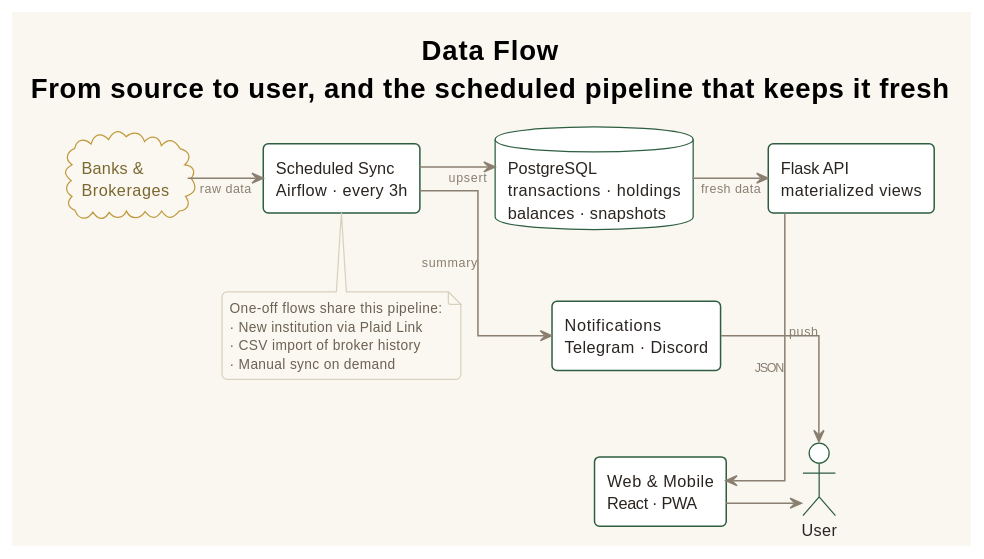
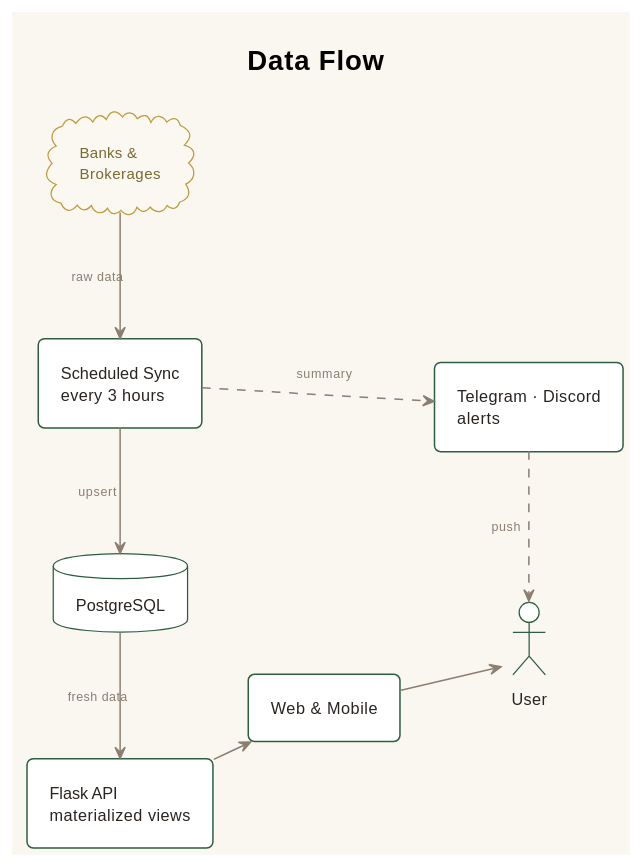
Before and after one commit to m-dur/docs: the second of 2 diagrams in README.md, drawn with PlantUML. The commit also changed other lines of this file, not shown here.

Commit message:
Radically simplify diagrams: drop packages, L-R flow, 5 nodes each

````diff
--- a/README.md
+++ b/README.md
@@ -116,77 +85,68 @@
 ```plantuml
 @startuml
 !theme plain
 
 skinparam backgroundColor #faf7f1
 skinparam defaultFontName "IBM Plex Sans, Helvetica, Arial"
 skinparam defaultFontSize 13
 skinparam shadowing false
-skinparam roundCorner 8
-skinparam linetype ortho
-skinparam nodesep 60
-skinparam ranksep 50
+skinparam roundCorner 10
+skinparam padding 8
+skinparam nodesep 70
+skinparam ranksep 55
 
 skinparam arrowThickness 1.2
 skinparam arrowColor #8a7f70
 skinparam arrowFontColor #8a7f70
 skinparam arrowFontSize 10
 
 skinparam rectangle {
   BorderColor #2c5e3f
   BorderThickness 1.2
   BackgroundColor #ffffff
   FontColor #2a2420
+  FontSize 13
 }
 
 skinparam database {
   BorderColor #2c5e3f
   BackgroundColor #ffffff
   FontColor #2a2420
+  FontSize 13
 }
 
 skinparam cloud {
   BorderColor #c19a3d
   BackgroundColor #fbf8f1
   FontColor #7a6830
+  FontSize 12
 }
 
 skinparam actor {
   BorderColor #2c5e3f
   FontColor #2a2420
 }
 
-skinparam note {
-  BorderColor #d9d1bf
-  BackgroundColor #fbf8f1
-  FontColor #6b6154
-  FontSize 11
-}
+left to right direction
 
-title <b>Data Flow</b>\nFrom source to user, and the scheduled pipeline that keeps it fresh
+title <b>Data Flow</b>
 
 cloud "Banks &\nBrokerages" as Sources
-rectangle "Scheduled Sync\nAirflow · every 3h" as Sync
-database "PostgreSQL\ntransactions · holdings\nbalances · snapshots" as DB
+rectangle "Scheduled Sync\nevery 3 hours" as Sync
+database "PostgreSQL" as DB
 rectangle "Flask API\nmaterialized views" as API
-rectangle "Web & Mobile\nReact · PWA" as UI
-actor "User" as U
-rectangle "Notifications\nTelegram · Discord" as Notif
+rectangle "Web & Mobile" as UI
+actor User
 
 Sources -right-> Sync : raw data
 Sync -right-> DB : upsert
 DB -right-> API : fresh data
 API -right-> UI : JSON
-UI -right-> U
+UI -right-> User
 
-Sync -down-> Notif : summary
-Notif -down-> U : push
-
-note bottom of Sync
-  One-off flows share this pipeline:
-  · New institution via Plaid Link
-  · CSV import of broker history
-  · Manual sync on demand
-end note
+rectangle "Telegram · Discord\nalerts" as Notif
+Sync .down.> Notif : summary
+Notif .right.> User : push
 
 @enduml
 ```
````
